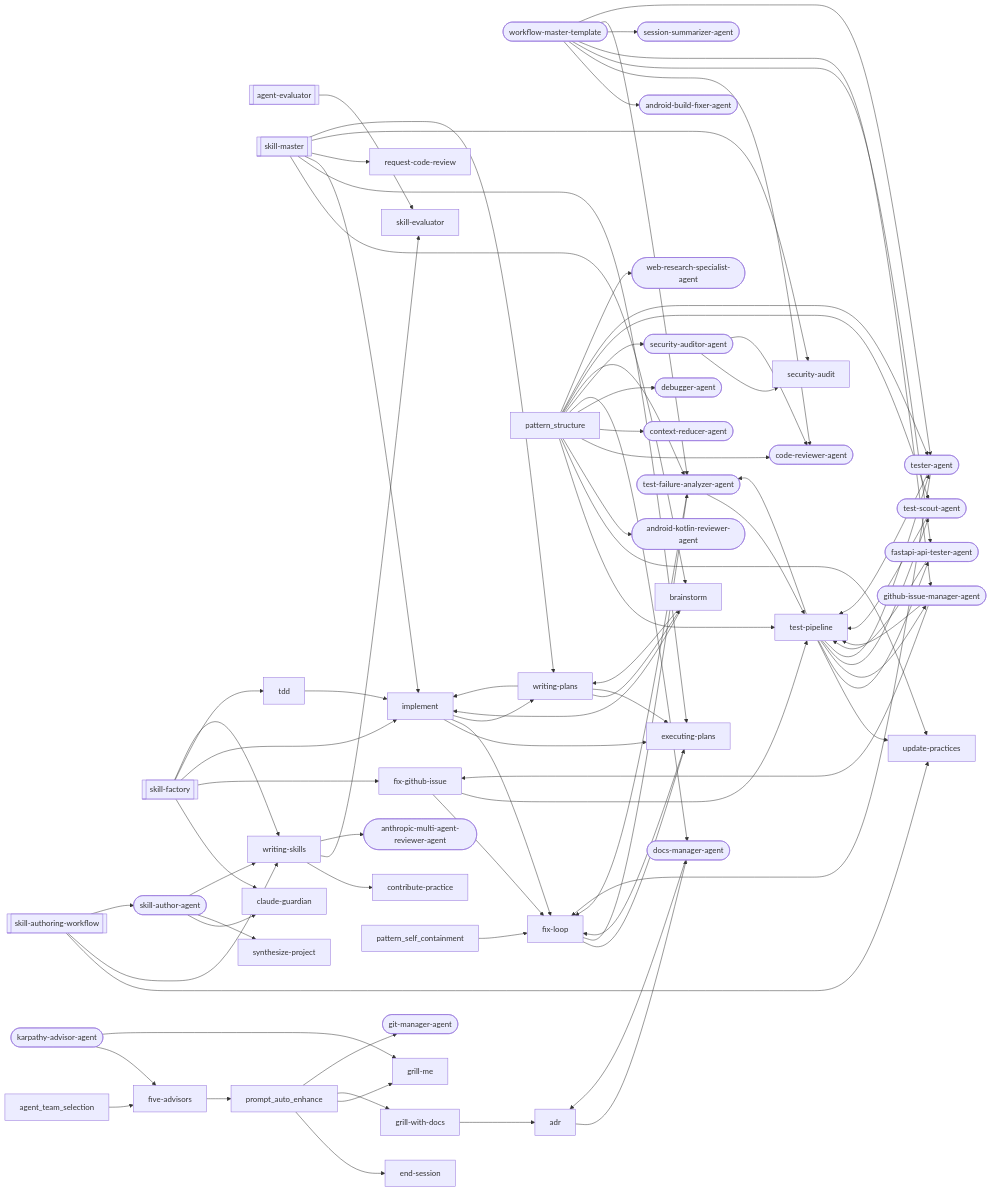
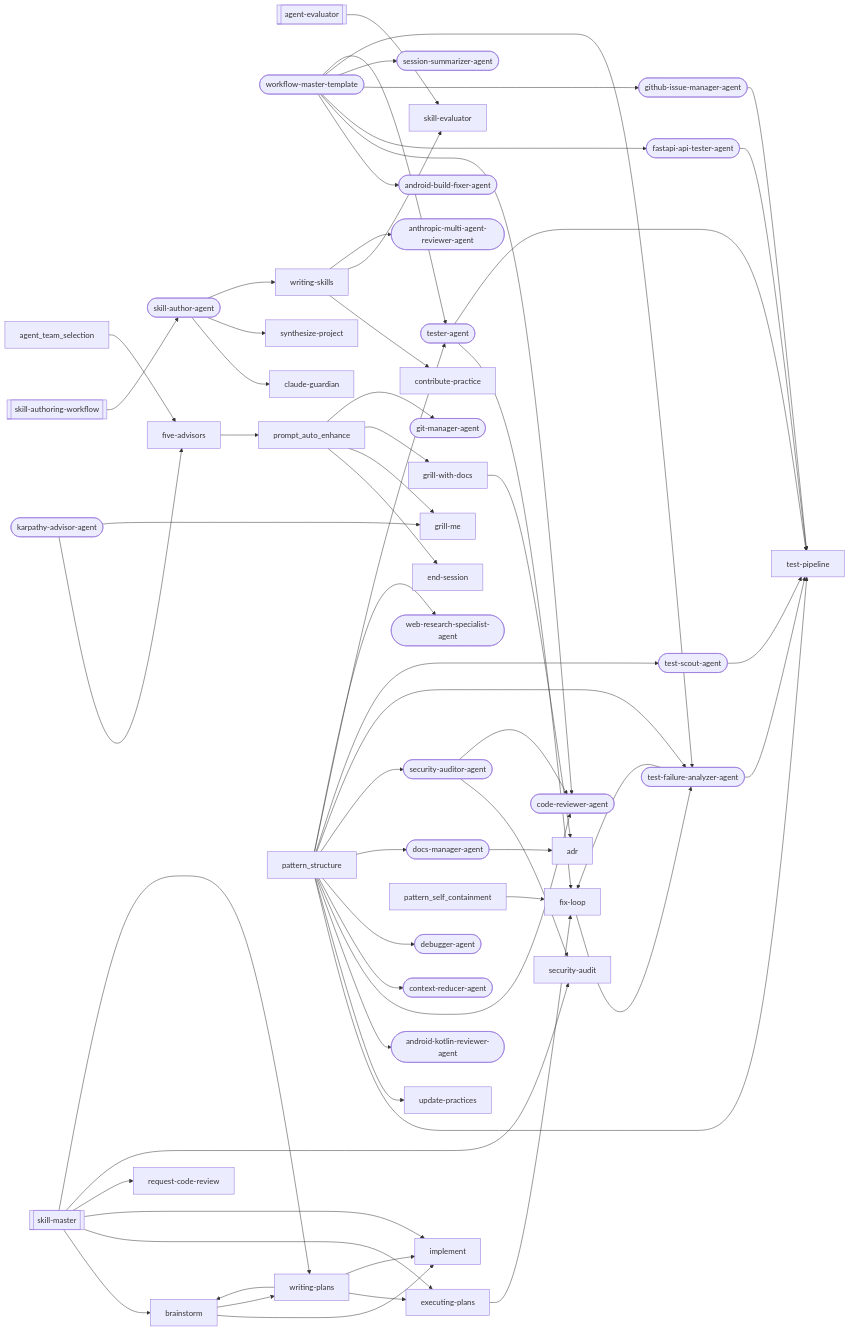
Before and after one commit to abhayla/claude-best-practices: the third of 20 diagrams in docs/workflows/skill-authoring.md, drawn with Mermaid. The commit also changed other lines of this file and 64 other files, not shown here.

```diff
--- a/docs/workflows/skill-authoring.md
+++ b/docs/workflows/skill-authoring.md
@@ -755,7 +476,6 @@
     agent_evaluator[["agent-evaluator"]]
     karpathy_advisor_agent(["karpathy-advisor-agent"])
     skill_authoring_workflow[["skill-authoring-workflow"]]
-    skill_factory[["skill-factory"]]
     skill_master[["skill-master"]]
     workflow_master_template(["workflow-master-template"])
     adr["adr"]
@@ -773,7 +493,6 @@
     executing_plans["executing-plans"]
     fastapi_api_tester_agent(["fastapi-api-tester-agent"])
     five_advisors["five-advisors"]
-    fix_github_issue["fix-github-issue"]
     fix_loop["fix-loop"]
     git_manager_agent(["git-manager-agent"])
     github_issue_manager_agent(["github-issue-manager-agent"])
@@ -787,7 +506,6 @@
     skill_author_agent(["skill-author-agent"])
     skill_evaluator["skill-evaluator"]
     synthesize_project["synthesize-project"]
-    tdd["tdd"]
     test_failure_analyzer_agent(["test-failure-analyzer-agent"])
     test_pipeline["test-pipeline"]
     test_scout_agent(["test-scout-agent"])
@@ -796,45 +514,24 @@
     web_research_specialist_agent(["web-research-specialist-agent"])
     writing_plans["writing-plans"]
     writing_skills["writing-skills"]
-    adr --> docs_manager_agent
     agent_evaluator --> skill_evaluator
     brainstorm --> implement
     brainstorm --> writing_plans
     executing_plans --> fix_loop
     five_advisors --> prompt_auto_enhance
-    fix_github_issue --> fix_loop
-    fix_github_issue --> test_pipeline
-    fix_loop --> executing_plans
     fix_loop --> test_failure_analyzer_agent
     grill_with_docs --> adr
-    implement --> executing_plans
-    implement --> fix_loop
-    implement --> writing_plans
     prompt_auto_enhance --> end_session
     prompt_auto_enhance --> grill_me
     prompt_auto_enhance --> grill_with_docs
     prompt_auto_enhance --> git_manager_agent
-    skill_authoring_workflow --> update_practices
-    skill_authoring_workflow --> writing_skills
     skill_authoring_workflow --> skill_author_agent
-    skill_factory --> claude_guardian
-    skill_factory --> fix_github_issue
-    skill_factory --> implement
-    skill_factory --> tdd
-    skill_factory --> writing_skills
     skill_master --> brainstorm
     skill_master --> executing_plans
     skill_master --> implement
     skill_master --> request_code_review
     skill_master --> security_audit
     skill_master --> writing_plans
-    tdd --> implement
-    test_pipeline --> update_practices
-    test_pipeline --> fastapi_api_tester_agent
-    test_pipeline --> github_issue_manager_agent
-    test_pipeline --> test_failure_analyzer_agent
-    test_pipeline --> test_scout_agent
-    test_pipeline --> tester_agent
     writing_plans --> brainstorm
     writing_plans --> executing_plans
     writing_plans --> implement
@@ -843,7 +540,6 @@
     writing_skills --> anthropic_multi_agent_reviewer_agent
     docs_manager_agent --> adr
     fastapi_api_tester_agent --> test_pipeline
-    github_issue_manager_agent --> fix_github_issue
     github_issue_manager_agent --> test_pipeline
     karpathy_advisor_agent --> five_advisors
     karpathy_advisor_agent --> grill_me
```
